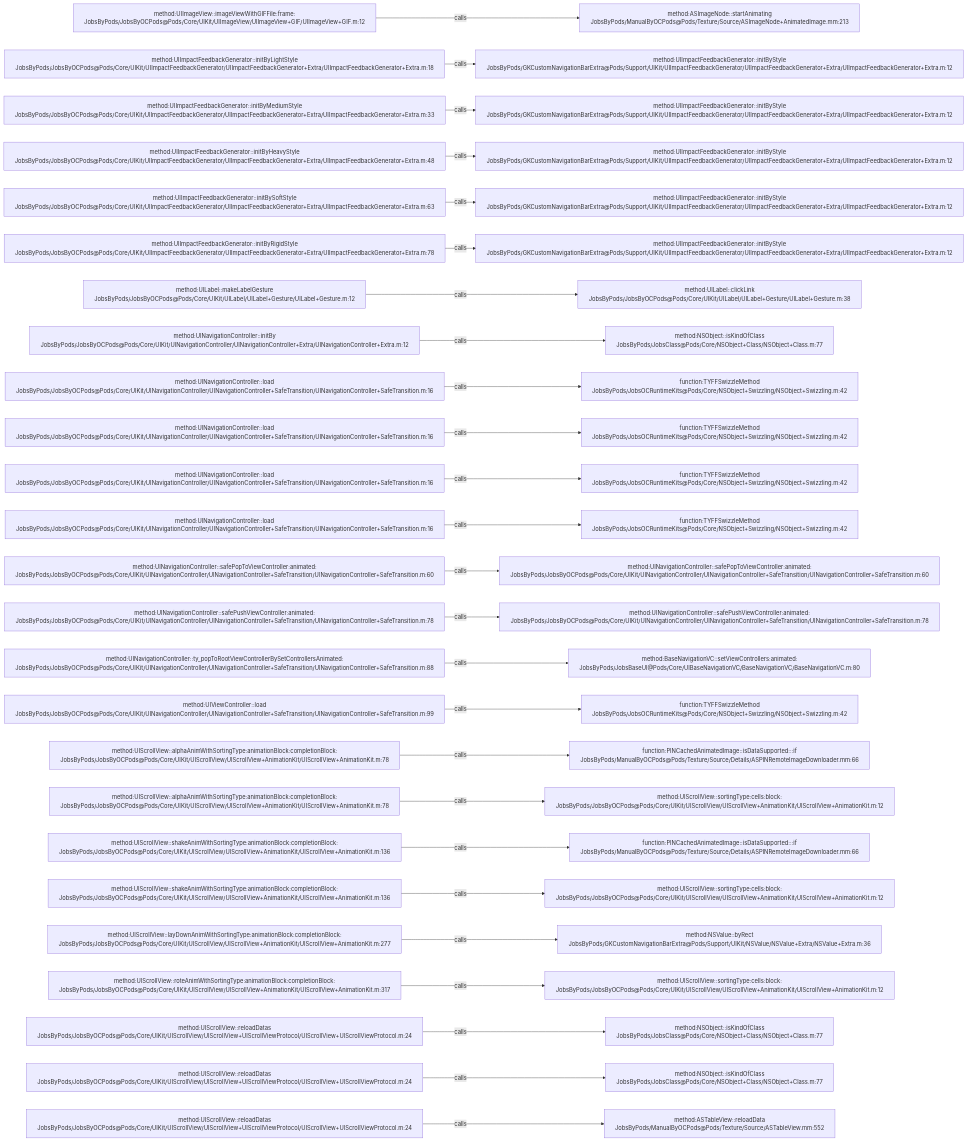
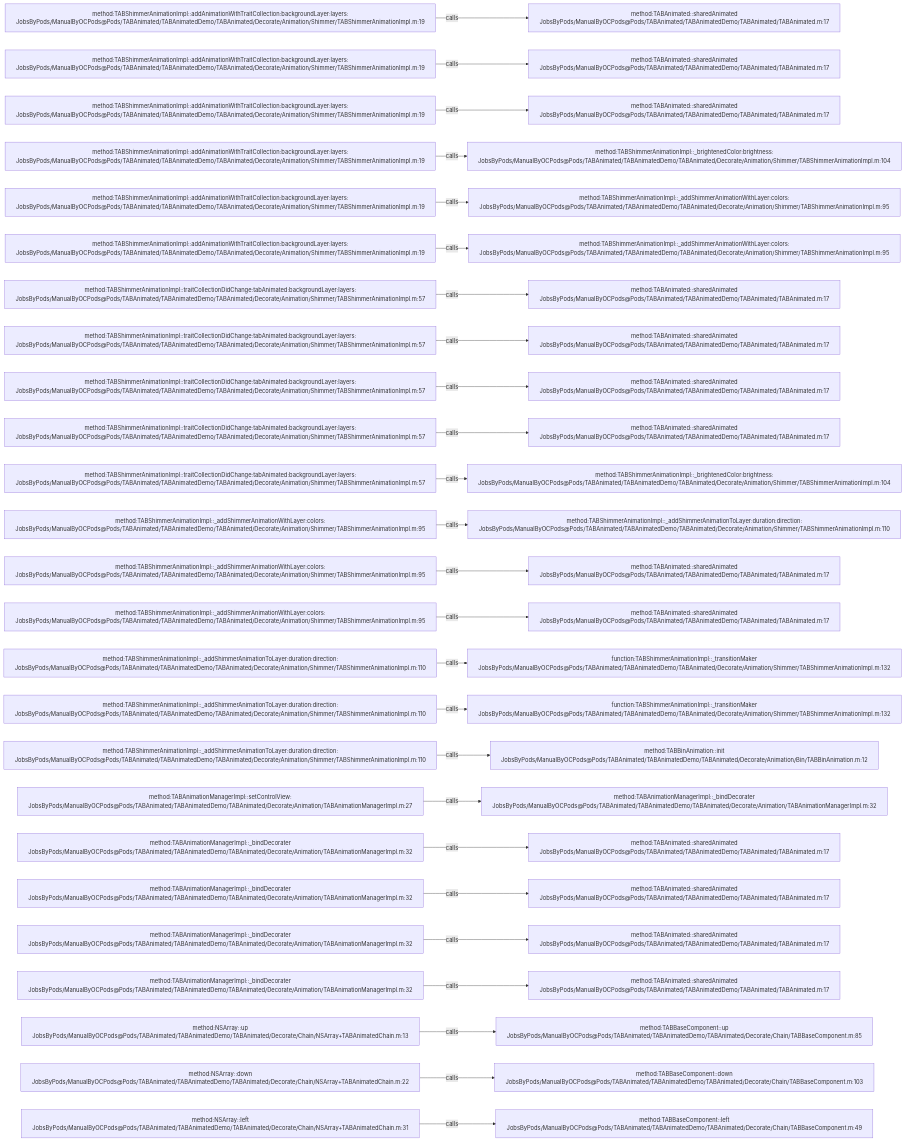
Before and after one commit to JobsKits/JobsOCBaseConfigDemo: the diagram in .codegraph/codegraph.md/graphs/calls-037.md, drawn with Mermaid. The commit also changed 2162 other files, not shown here.

````diff
--- a/.codegraph/codegraph.md/graphs/calls-037.md
+++ b/.codegraph/codegraph.md/graphs/calls-037.md
@@ -13,78 +13,78 @@
 ```mermaid
 flowchart LR
-  S1["method:UIImageView::imageViewWithGIFFile:frame:<br/>JobsByPods/JobsByOCPods@Pods/Core/UIKit/UIImageView/UIImageView+GIF/UIImageView+GIF.m:12"]
-  T1["method:ASImageNode::startAnimating<br/>JobsByPods/ManualByOCPods@Pods/Texture/Source/ASImageNode+AnimatedImage.mm:213"]
+  S1["method:TABShimmerAnimationImpl::addAnimationWithTraitCollection:backgroundLayer:layers:<br/>JobsByPods/ManualByOCPods@Pods/TABAnimated/TABAnimatedDemo/TABAnimated/Decorate/Animation/Shimmer/TABShimmerAnimationImpl.m:19"]
+  T1["method:TABAnimated::sharedAnimated<br/>JobsByPods/ManualByOCPods@Pods/TABAnimated/TABAnimatedDemo/TABAnimated/TABAnimated.m:17"]
   S1 -->|calls| T1
-  S2["method:UIImpactFeedbackGenerator::initByLightStyle<br/>JobsByPods/JobsByOCPods@Pods/Core/UIKit/UIImpactFeedbackGenerator/UIImpactFeedbackGenerator+Extra/UIImpactFeedbackGenerator+Extra.m:18"]
-  T2["method:UIImpactFeedbackGenerator::initByStyle<br/>JobsByPods/GKCustomNavigationBarExtra@Pods/Support/UIKit/UIImpactFeedbackGenerator/UIImpactFeedbackGenerator+Extra/UIImpactFeedbackGenerator+Extra.m:12"]
+  S2["method:TABShimmerAnimationImpl::addAnimationWithTraitCollection:backgroundLayer:layers:<br/>JobsByPods/ManualByOCPods@Pods/TABAnimated/TABAnimatedDemo/TABAnimated/Decorate/Animation/Shimmer/TABShimmerAnimationImpl.m:19"]
+  T2["method:TABAnimated::sharedAnimated<br/>JobsByPods/ManualByOCPods@Pods/TABAnimated/TABAnimatedDemo/TABAnimated/TABAnimated.m:17"]
   S2 -->|calls| T2
-  S3["method:UIImpactFeedbackGenerator::initByMediumStyle<br/>JobsByPods/JobsByOCPods@Pods/Core/UIKit/UIImpactFeedbackGenerator/UIImpactFeedbackGenerator+Extra/UIImpactFeedbackGenerator+Extra.m:33"]
-  T3["method:UIImpactFeedbackGenerator::initByStyle<br/>JobsByPods/GKCustomNavigationBarExtra@Pods/Support/UIKit/UIImpactFeedbackGenerator/UIImpactFeedbackGenerator+Extra/UIImpactFeedbackGenerator+Extra.m:12"]
+  S3["method:TABShimmerAnimationImpl::addAnimationWithTraitCollection:backgroundLayer:layers:<br/>JobsByPods/ManualByOCPods@Pods/TABAnimated/TABAnimatedDemo/TABAnimated/Decorate/Animation/Shimmer/TABShimmerAnimationImpl.m:19"]
+  T3["method:TABAnimated::sharedAnimated<br/>JobsByPods/ManualByOCPods@Pods/TABAnimated/TABAnimatedDemo/TABAnimated/TABAnimated.m:17"]
   S3 -->|calls| T3
-  S4["method:UIImpactFeedbackGenerator::initByHeavyStyle<br/>JobsByPods/JobsByOCPods@Pods/Core/UIKit/UIImpactFeedbackGenerator/UIImpactFeedbackGenerator+Extra/UIImpactFeedbackGenerator+Extra.m:48"]
-  T4["method:UIImpactFeedbackGenerator::initByStyle<br/>JobsByPods/GKCustomNavigationBarExtra@Pods/Support/UIKit/UIImpactFeedbackGenerator/UIImpactFeedbackGenerator+Extra/UIImpactFeedbackGenerator+Extra.m:12"]
+  S4["method:TABShimmerAnimationImpl::addAnimationWithTraitCollection:backgroundLayer:layers:<br/>JobsByPods/ManualByOCPods@Pods/TABAnimated/TABAnimatedDemo/TABAnimated/Decorate/Animation/Shimmer/TABShimmerAnimationImpl.m:19"]
+  T4["method:TABShimmerAnimationImpl::_brightenedColor:brightness:<br/>JobsByPods/ManualByOCPods@Pods/TABAnimated/TABAnimatedDemo/TABAnimated/Decorate/Animation/Shimmer/TABShimmerAnimationImpl.m:104"]
   S4 -->|calls| T4
-  S5["method:UIImpactFeedbackGenerator::initBySoftStyle<br/>JobsByPods/JobsByOCPods@Pods/Core/UIKit/UIImpactFeedbackGenerator/UIImpactFeedbackGenerator+Extra/UIImpactFeedbackGenerator+Extra.m:63"]
-  T5["method:UIImpactFeedbackGenerator::initByStyle<br/>JobsByPods/GKCustomNavigationBarExtra@Pods/Support/UIKit/UIImpactFeedbackGenerator/UIImpactFeedbackGenerator+Extra/UIImpactFeedbackGenerator+Extra.m:12"]
+  S5["method:TABShimmerAnimationImpl::addAnimationWithTraitCollection:backgroundLayer:layers:<br/>JobsByPods/ManualByOCPods@Pods/TABAnimated/TABAnimatedDemo/TABAnimated/Decorate/Animation/Shimmer/TABShimmerAnimationImpl.m:19"]
+  T5["method:TABShimmerAnimationImpl::_addShimmerAnimationWithLayer:colors:<br/>JobsByPods/ManualByOCPods@Pods/TABAnimated/TABAnimatedDemo/TABAnimated/Decorate/Animation/Shimmer/TABShimmerAnimationImpl.m:95"]
   S5 -->|calls| T5
-  S6["method:UIImpactFeedbackGenerator::initByRigidStyle<br/>JobsByPods/JobsByOCPods@Pods/Core/UIKit/UIImpactFeedbackGenerator/UIImpactFeedbackGenerator+Extra/UIImpactFeedbackGenerator+Extra.m:78"]
-  T6["method:UIImpactFeedbackGenerator::initByStyle<br/>JobsByPods/GKCustomNavigationBarExtra@Pods/Support/UIKit/UIImpactFeedbackGenerator/UIImpactFeedbackGenerator+Extra/UIImpactFeedbackGenerator+Extra.m:12"]
+  S6["method:TABShimmerAnimationImpl::addAnimationWithTraitCollection:backgroundLayer:layers:<br/>JobsByPods/ManualByOCPods@Pods/TABAnimated/TABAnimatedDemo/TABAnimated/Decorate/Animation/Shimmer/TABShimmerAnimationImpl.m:19"]
+  T6["method:TABShimmerAnimationImpl::_addShimmerAnimationWithLayer:colors:<br/>JobsByPods/ManualByOCPods@Pods/TABAnimated/TABAnimatedDemo/TABAnimated/Decorate/Animation/Shimmer/TABShimmerAnimationImpl.m:95"]
   S6 -->|calls| T6
-  S7["method:UILabel::makeLabelGesture<br/>JobsByPods/JobsByOCPods@Pods/Core/UIKit/UILabel/UILabel+Gesture/UILabel+Gesture.m:12"]
-  T7["method:UILabel::clickLink<br/>JobsByPods/JobsByOCPods@Pods/Core/UIKit/UILabel/UILabel+Gesture/UILabel+Gesture.m:38"]
+  S7["method:TABShimmerAnimationImpl::traitCollectionDidChange:tabAnimated:backgroundLayer:layers:<br/>JobsByPods/ManualByOCPods@Pods/TABAnimated/TABAnimatedDemo/TABAnimated/Decorate/Animation/Shimmer/TABShimmerAnimationImpl.m:57"]
+  T7["method:TABAnimated::sharedAnimated<br/>JobsByPods/ManualByOCPods@Pods/TABAnimated/TABAnimatedDemo/TABAnimated/TABAnimated.m:17"]
   S7 -->|calls| T7
-  S8["method:UINavigationController::initBy<br/>JobsByPods/JobsByOCPods@Pods/Core/UIKit/UINavigationController/UINavigationController+Extra/UINavigationController+Extra.m:12"]
-  T8["method:NSObject::isKindOfClass<br/>JobsByPods/JobsClass@Pods/Core/NSObject+Class/NSObject+Class.m:77"]
+  S8["method:TABShimmerAnimationImpl::traitCollectionDidChange:tabAnimated:backgroundLayer:layers:<br/>JobsByPods/ManualByOCPods@Pods/TABAnimated/TABAnimatedDemo/TABAnimated/Decorate/Animation/Shimmer/TABShimmerAnimationImpl.m:57"]
+  T8["method:TABAnimated::sharedAnimated<br/>JobsByPods/ManualByOCPods@Pods/TABAnimated/TABAnimatedDemo/TABAnimated/TABAnimated.m:17"]
   S8 -->|calls| T8
-  S9["method:UINavigationController::load<br/>JobsByPods/JobsByOCPods@Pods/Core/UIKit/UINavigationController/UINavigationController+SafeTransition/UINavigationController+SafeTransition.m:16"]
-  T9["function:TYFFSwizzleMethod<br/>JobsByPods/JobsOCRuntimeKits@Pods/Core/NSObject+Swizzling/NSObject+Swizzling.m:42"]
+  S9["method:TABShimmerAnimationImpl::traitCollectionDidChange:tabAnimated:backgroundLayer:layers:<br/>JobsByPods/ManualByOCPods@Pods/TABAnimated/TABAnimatedDemo/TABAnimated/Decorate/Animation/Shimmer/TABShimmerAnimationImpl.m:57"]
+  T9["method:TABAnimated::sharedAnimated<br/>JobsByPods/ManualByOCPods@Pods/TABAnimated/TABAnimatedDemo/TABAnimated/TABAnimated.m:17"]
   S9 -->|calls| T9
-  S10["method:UINavigationController::load<br/>JobsByPods/JobsByOCPods@Pods/Core/UIKit/UINavigationController/UINavigationController+SafeTransition/UINavigationController+SafeTransition.m:16"]
-  T10["function:TYFFSwizzleMethod<br/>JobsByPods/JobsOCRuntimeKits@Pods/Core/NSObject+Swizzling/NSObject+Swizzling.m:42"]
+  S10["method:TABShimmerAnimationImpl::traitCollectionDidChange:tabAnimated:backgroundLayer:layers:<br/>JobsByPods/ManualByOCPods@Pods/TABAnimated/TABAnimatedDemo/TABAnimated/Decorate/Animation/Shimmer/TABShimmerAnimationImpl.m:57"]
+  T10["method:TABAnimated::sharedAnimated<br/>JobsByPods/ManualByOCPods@Pods/TABAnimated/TABAnimatedDemo/TABAnimated/TABAnimated.m:17"]
   S10 -->|calls| T10
-  S11["method:UINavigationController::load<br/>JobsByPods/JobsByOCPods@Pods/Core/UIKit/UINavigationController/UINavigationController+SafeTransition/UINavigationController+SafeTransition.m:16"]
-  T11["function:TYFFSwizzleMethod<br/>JobsByPods/JobsOCRuntimeKits@Pods/Core/NSObject+Swizzling/NSObject+Swizzling.m:42"]
+  S11["method:TABShimmerAnimationImpl::traitCollectionDidChange:tabAnimated:backgroundLayer:layers:<br/>JobsByPods/ManualByOCPods@Pods/TABAnimated/TABAnimatedDemo/TABAnimated/Decorate/Animation/Shimmer/TABShimmerAnimationImpl.m:57"]
+  T11["method:TABShimmerAnimationImpl::_brightenedColor:brightness:<br/>JobsByPods/ManualByOCPods@Pods/TABAnimated/TABAnimatedDemo/TABAnimated/Decorate/Animation/Shimmer/TABShimmerAnimationImpl.m:104"]
   S11 -->|calls| T11
-  S12["method:UINavigationController::load<br/>JobsByPods/JobsByOCPods@Pods/Core/UIKit/UINavigationController/UINavigationController+SafeTransition/UINavigationController+SafeTransition.m:16"]
-  T12["function:TYFFSwizzleMethod<br/>JobsByPods/JobsOCRuntimeKits@Pods/Core/NSObject+Swizzling/NSObject+Swizzling.m:42"]
+  S12["method:TABShimmerAnimationImpl::_addShimmerAnimationWithLayer:colors:<br/>JobsByPods/ManualByOCPods@Pods/TABAnimated/TABAnimatedDemo/TABAnimated/Decorate/Animation/Shimmer/TABShimmerAnimationImpl.m:95"]
+  T12["method:TABShimmerAnimationImpl::_addShimmerAnimationToLayer:duration:direction:<br/>JobsByPods/ManualByOCPods@Pods/TABAnimated/TABAnimatedDemo/TABAnimated/Decorate/Animation/Shimmer/TABShimmerAnimationImpl.m:110"]
   S12 -->|calls| T12
-  S13["method:UINavigationController::safePopToViewController:animated:<br/>JobsByPods/JobsByOCPods@Pods/Core/UIKit/UINavigationController/UINavigationController+SafeTransition/UINavigationController+SafeTransition.m:60"]
-  T13["method:UINavigationController::safePopToViewController:animated:<br/>JobsByPods/JobsByOCPods@Pods/Core/UIKit/UINavigationController/UINavigationController+SafeTransition/UINavigationController+SafeTransition.m:60"]
+  S13["method:TABShimmerAnimationImpl::_addShimmerAnimationWithLayer:colors:<br/>JobsByPods/ManualByOCPods@Pods/TABAnimated/TABAnimatedDemo/TABAnimated/Decorate/Animation/Shimmer/TABShimmerAnimationImpl.m:95"]
+  T13["method:TABAnimated::sharedAnimated<br/>JobsByPods/ManualByOCPods@Pods/TABAnimated/TABAnimatedDemo/TABAnimated/TABAnimated.m:17"]
   S13 -->|calls| T13
-  S14["method:UINavigationController::safePushViewController:animated:<br/>JobsByPods/JobsByOCPods@Pods/Core/UIKit/UINavigationController/UINavigationController+SafeTransition/UINavigationController+SafeTransition.m:78"]
-  T14["method:UINavigationController::safePushViewController:animated:<br/>JobsByPods/JobsByOCPods@Pods/Core/UIKit/UINavigationController/UINavigationController+SafeTransition/UINavigationController+SafeTransition.m:78"]
+  S14["method:TABShimmerAnimationImpl::_addShimmerAnimationWithLayer:colors:<br/>JobsByPods/ManualByOCPods@Pods/TABAnimated/TABAnimatedDemo/TABAnimated/Decorate/Animation/Shimmer/TABShimmerAnimationImpl.m:95"]
+  T14["method:TABAnimated::sharedAnimated<br/>JobsByPods/ManualByOCPods@Pods/TABAnimated/TABAnimatedDemo/TABAnimated/TABAnimated.m:17"]
   S14 -->|calls| T14
-  S15["method:UINavigationController::ty_popToRootViewControllerBySetControllersAnimated:<br/>JobsByPods/JobsByOCPods@Pods/Core/UIKit/UINavigationController/UINavigationController+SafeTransition/UINavigationController+SafeTransition.m:88"]
-  T15["method:BaseNavigationVC::setViewControllers:animated:<br/>JobsByPods/JobsBaseUI@Pods/Core/UIBaseNavigationVC/BaseNavigationVC/BaseNavigationVC.m:80"]
+  S15["method:TABShimmerAnimationImpl::_addShimmerAnimationToLayer:duration:direction:<br/>JobsByPods/ManualByOCPods@Pods/TABAnimated/TABAnimatedDemo/TABAnimated/Decorate/Animation/Shimmer/TABShimmerAnimationImpl.m:110"]
+  T15["function:TABShimmerAnimationImpl::_transitionMaker<br/>JobsByPods/ManualByOCPods@Pods/TABAnimated/TABAnimatedDemo/TABAnimated/Decorate/Animation/Shimmer/TABShimmerAnimationImpl.m:132"]
   S15 -->|calls| T15
-  S16["method:UIViewController::load<br/>JobsByPods/JobsByOCPods@Pods/Core/UIKit/UINavigationController/UINavigationController+SafeTransition/UINavigationController+SafeTransition.m:99"]
-  T16["function:TYFFSwizzleMethod<br/>JobsByPods/JobsOCRuntimeKits@Pods/Core/NSObject+Swizzling/NSObject+Swizzling.m:42"]
+  S16["method:TABShimmerAnimationImpl::_addShimmerAnimationToLayer:duration:direction:<br/>JobsByPods/ManualByOCPods@Pods/TABAnimated/TABAnimatedDemo/TABAnimated/Decorate/Animation/Shimmer/TABShimmerAnimationImpl.m:110"]
+  T16["function:TABShimmerAnimationImpl::_transitionMaker<br/>JobsByPods/ManualByOCPods@Pods/TABAnimated/TABAnimatedDemo/TABAnimated/Decorate/Animation/Shimmer/TABShimmerAnimationImpl.m:132"]
   S16 -->|calls| T16
-  S17["method:UIScrollView::alphaAnimWithSortingType:animationBlock:completionBlock:<br/>JobsByPods/JobsByOCPods@Pods/Core/UIKit/UIScrollView/UIScrollView+AnimationKit/UIScrollView+AnimationKit.m:78"]
-  T17["function:PINCachedAnimatedImage::isDataSupported:::if<br/>JobsByPods/ManualByOCPods@Pods/Texture/Source/Details/ASPINRemoteImageDownloader.mm:66"]
+  S17["method:TABShimmerAnimationImpl::_addShimmerAnimationToLayer:duration:direction:<br/>JobsByPods/ManualByOCPods@Pods/TABAnimated/TABAnimatedDemo/TABAnimated/Decorate/Animation/Shimmer/TABShimmerAnimationImpl.m:110"]
+  T17["method:TABBinAnimation::init<br/>JobsByPods/ManualByOCPods@Pods/TABAnimated/TABAnimatedDemo/TABAnimated/Decorate/Animation/Bin/TABBinAnimation.m:12"]
   S17 -->|calls| T17
-  S18["method:UIScrollView::alphaAnimWithSortingType:animationBlock:completionBlock:<br/>JobsByPods/JobsByOCPods@Pods/Core/UIKit/UIScrollView/UIScrollView+AnimationKit/UIScrollView+AnimationKit.m:78"]
-  T18["method:UIScrollView::sortingType:cells:block:<br/>JobsByPods/JobsByOCPods@Pods/Core/UIKit/UIScrollView/UIScrollView+AnimationKit/UIScrollView+AnimationKit.m:12"]
+  S18["method:TABAnimationManagerImpl::setControlView:<br/>JobsByPods/ManualByOCPods@Pods/TABAnimated/TABAnimatedDemo/TABAnimated/Decorate/Animation/TABAnimationManagerImpl.m:27"]
+  T18["method:TABAnimationManagerImpl::_bindDecorater<br/>JobsByPods/ManualByOCPods@Pods/TABAnimated/TABAnimatedDemo/TABAnimated/Decorate/Animation/TABAnimationManagerImpl.m:32"]
   S18 -->|calls| T18
-  S19["method:UIScrollView::shakeAnimWithSortingType:animationBlock:completionBlock:<br/>JobsByPods/JobsByOCPods@Pods/Core/UIKit/UIScrollView/UIScrollView+AnimationKit/UIScrollView+AnimationKit.m:136"]
-  T19["function:PINCachedAnimatedImage::isDataSupported:::if<br/>JobsByPods/ManualByOCPods@Pods/Texture/Source/Details/ASPINRemoteImageDownloader.mm:66"]
+  S19["method:TABAnimationManagerImpl::_bindDecorater<br/>JobsByPods/ManualByOCPods@Pods/TABAnimated/TABAnimatedDemo/TABAnimated/Decorate/Animation/TABAnimationManagerImpl.m:32"]
+  T19["method:TABAnimated::sharedAnimated<br/>JobsByPods/ManualByOCPods@Pods/TABAnimated/TABAnimatedDemo/TABAnimated/TABAnimated.m:17"]
   S19 -->|calls| T19
-  S20["method:UIScrollView::shakeAnimWithSortingType:animationBlock:completionBlock:<br/>JobsByPods/JobsByOCPods@Pods/Core/UIKit/UIScrollView/UIScrollView+AnimationKit/UIScrollView+AnimationKit.m:136"]
-  T20["method:UIScrollView::sortingType:cells:block:<br/>JobsByPods/JobsByOCPods@Pods/Core/UIKit/UIScrollView/UIScrollView+AnimationKit/UIScrollView+AnimationKit.m:12"]
+  S20["method:TABAnimationManagerImpl::_bindDecorater<br/>JobsByPods/ManualByOCPods@Pods/TABAnimated/TABAnimatedDemo/TABAnimated/Decorate/Animation/TABAnimationManagerImpl.m:32"]
+  T20["method:TABAnimated::sharedAnimated<br/>JobsByPods/ManualByOCPods@Pods/TABAnimated/TABAnimatedDemo/TABAnimated/TABAnimated.m:17"]
   S20 -->|calls| T20
-  S21["method:UIScrollView::layDownAnimWithSortingType:animationBlock:completionBlock:<br/>JobsByPods/JobsByOCPods@Pods/Core/UIKit/UIScrollView/UIScrollView+AnimationKit/UIScrollView+AnimationKit.m:277"]
-  T21["method:NSValue::byRect<br/>JobsByPods/GKCustomNavigationBarExtra@Pods/Support/UIKit/NSValue/NSValue+Extra/NSValue+Extra.m:36"]
+  S21["method:TABAnimationManagerImpl::_bindDecorater<br/>JobsByPods/ManualByOCPods@Pods/TABAnimated/TABAnimatedDemo/TABAnimated/Decorate/Animation/TABAnimationManagerImpl.m:32"]
+  T21["method:TABAnimated::sharedAnimated<br/>JobsByPods/ManualByOCPods@Pods/TABAnimated/TABAnimatedDemo/TABAnimated/TABAnimated.m:17"]
   S21 -->|calls| T21
-  S22["method:UIScrollView::roteAnimWithSortingType:animationBlock:completionBlock:<br/>JobsByPods/JobsByOCPods@Pods/Core/UIKit/UIScrollView/UIScrollView+AnimationKit/UIScrollView+AnimationKit.m:317"]
-  T22["method:UIScrollView::sortingType:cells:block:<br/>JobsByPods/JobsByOCPods@Pods/Core/UIKit/UIScrollView/UIScrollView+AnimationKit/UIScrollView+AnimationKit.m:12"]
+  S22["method:TABAnimationManagerImpl::_bindDecorater<br/>JobsByPods/ManualByOCPods@Pods/TABAnimated/TABAnimatedDemo/TABAnimated/Decorate/Animation/TABAnimationManagerImpl.m:32"]
+  T22["method:TABAnimated::sharedAnimated<br/>JobsByPods/ManualByOCPods@Pods/TABAnimated/TABAnimatedDemo/TABAnimated/TABAnimated.m:17"]
   S22 -->|calls| T22
-  S23["method:UIScrollView::reloadDatas<br/>JobsByPods/JobsByOCPods@Pods/Core/UIKit/UIScrollView/UIScrollView+UIScrollViewProtocol/UIScrollView+UIScrollViewProtocol.m:24"]
-  T23["method:NSObject::isKindOfClass<br/>JobsByPods/JobsClass@Pods/Core/NSObject+Class/NSObject+Class.m:77"]
+  S23["method:NSArray::up<br/>JobsByPods/ManualByOCPods@Pods/TABAnimated/TABAnimatedDemo/TABAnimated/Decorate/Chain/NSArray+TABAnimatedChain.m:13"]
+  T23["method:TABBaseComponent::up<br/>JobsByPods/ManualByOCPods@Pods/TABAnimated/TABAnimatedDemo/TABAnimated/Decorate/Chain/TABBaseComponent.m:85"]
   S23 -->|calls| T23
-  S24["method:UIScrollView::reloadDatas<br/>JobsByPods/JobsByOCPods@Pods/Core/UIKit/UIScrollView/UIScrollView+UIScrollViewProtocol/UIScrollView+UIScrollViewProtocol.m:24"]
-  T24["method:NSObject::isKindOfClass<br/>JobsByPods/JobsClass@Pods/Core/NSObject+Class/NSObject+Class.m:77"]
+  S24["method:NSArray::down<br/>JobsByPods/ManualByOCPods@Pods/TABAnimated/TABAnimatedDemo/TABAnimated/Decorate/Chain/NSArray+TABAnimatedChain.m:22"]
+  T24["method:TABBaseComponent::down<br/>JobsByPods/ManualByOCPods@Pods/TABAnimated/TABAnimatedDemo/TABAnimated/Decorate/Chain/TABBaseComponent.m:103"]
   S24 -->|calls| T24
-  S25["method:UIScrollView::reloadDatas<br/>JobsByPods/JobsByOCPods@Pods/Core/UIKit/UIScrollView/UIScrollView+UIScrollViewProtocol/UIScrollView+UIScrollViewProtocol.m:24"]
-  T25["method:ASTableView::reloadData<br/>JobsByPods/ManualByOCPods@Pods/Texture/Source/ASTableView.mm:552"]
+  S25["method:NSArray::left<br/>JobsByPods/ManualByOCPods@Pods/TABAnimated/TABAnimatedDemo/TABAnimated/Decorate/Chain/NSArray+TABAnimatedChain.m:31"]
+  T25["method:TABBaseComponent::left<br/>JobsByPods/ManualByOCPods@Pods/TABAnimated/TABAnimatedDemo/TABAnimated/Decorate/Chain/TABBaseComponent.m:49"]
   S25 -->|calls| T25
 ```
````
